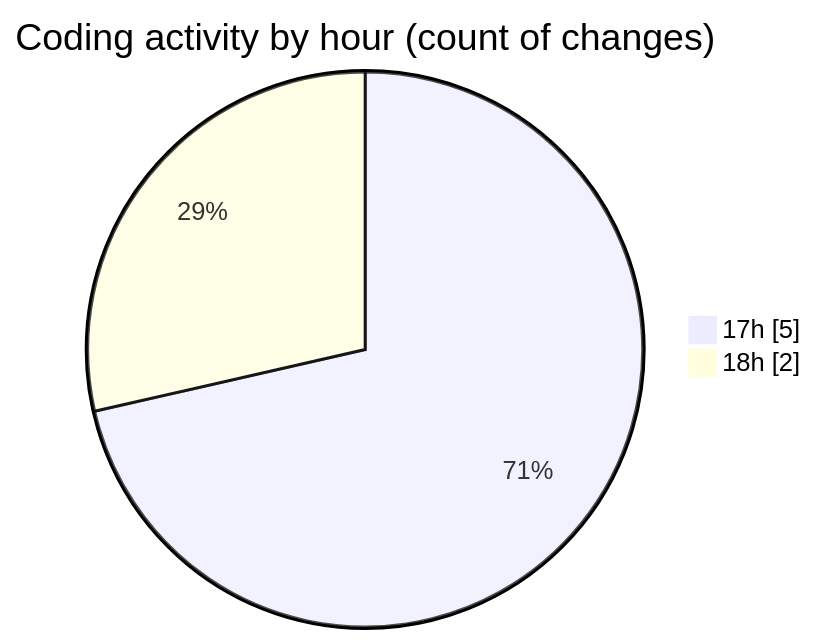
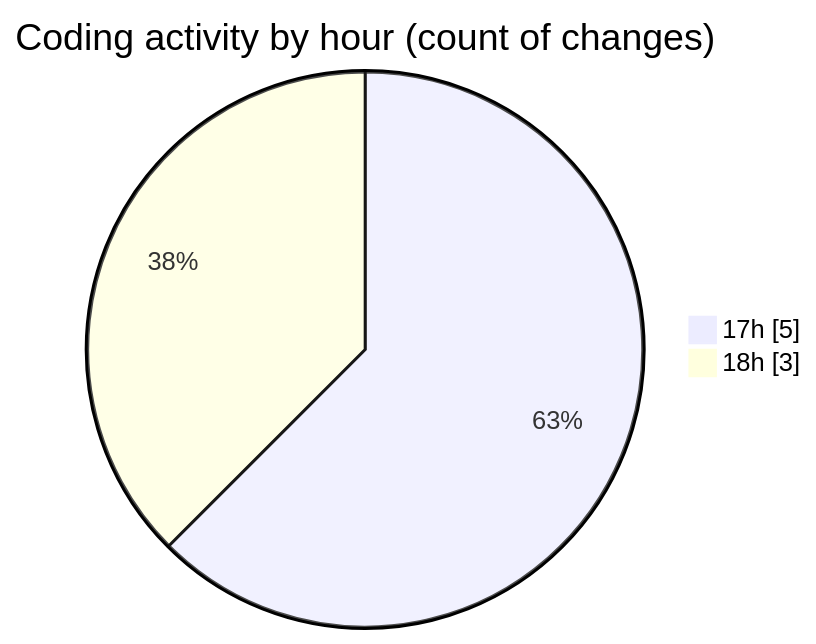
One commit to JenPaints/code-tracking changed the second of 2 diagrams in 2025-07-04/untitled__workspace_/README.md. Above: the diagram before and after it, drawn with Mermaid. The commit also changed other lines of this file and 1 other file, not shown here.

````diff
--- a/2025-07-04/untitled__workspace_/README.md
+++ b/2025-07-04/untitled__workspace_/README.md
@@ -33,6 +35,6 @@
 ```mermaid
 pie showData
 title Coding activity by hour (count of changes)
 "17h" : 5
-"18h" : 2
+"18h" : 3
 ```
````
